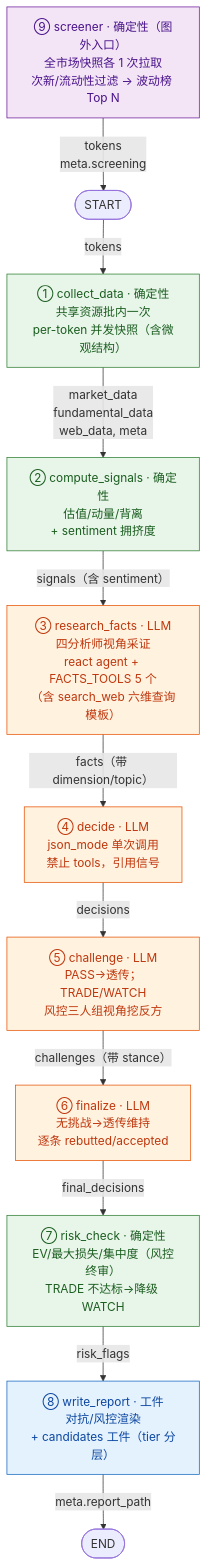
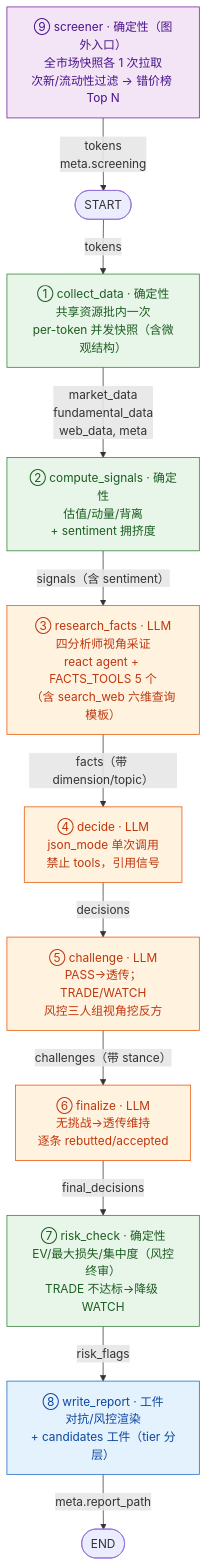
One commit to whateverdoi/CrossEx changed the diagram in AgentArchitecture_Combined.md. Above: the diagram before and after it, drawn with Mermaid. The commit also changed other lines of this file and 21 other files, not shown here.

````diff
--- a/AgentArchitecture_Combined.md
+++ b/AgentArchitecture_Combined.md
@@ -28,35 +28,35 @@
 ```mermaid
 flowchart TD
     classDef DET fill:#e8f5e9,stroke:#2e7d32,color:#1b5e20;
     classDef LLM fill:#fff3e0,stroke:#e65100,color:#bf360c;
     classDef OUT fill:#e3f2fd,stroke:#1565c0,color:#0d47a1;
     classDef SCR fill:#f3e5f5,stroke:#6a1b9a,color:#4a148c;
 
-    SCR["⑨ screener · 确定性（图外入口）<br/>全市场快照各 1 次拉取<br/>次新/流动性过滤 → 波动榜 Top N"]
+    SCR["⑨ screener · 确定性（图外入口）<br/>全市场快照各 1 次拉取<br/>次新/流动性过滤 → 错价榜 Top N"]
     START([START])
     CD["① collect_data · 确定性<br/>共享资源批内一次<br/>per-token 并发快照（含微观结构）"]
     CS["② compute_signals · 确定性<br/>估值/动量/背离<br/>+ sentiment 拥挤度"]
     RF["③ research_facts · LLM<br/>四分析师视角采证<br/>react agent + FACTS_TOOLS 5 个<br/>（含 search_web 六维查询模板）"]
     DC["④ decide · LLM<br/>json_mode 单次调用<br/>禁止 tools，引用信号"]
     CH["⑤ challenge · LLM<br/>PASS→透传；TRADE/WATCH<br/>风控三人组视角挖反方"]
     FN["⑥ finalize · LLM<br/>无挑战→透传维持<br/>逐条 rebutted/accepted"]
     RK["⑦ risk_check · 确定性<br/>EV/最大损失/集中度（风控终审）<br/>TRADE 不达标→降级 WATCH"]
     WR["⑧ write_report · 工件<br/>对抗/风控渲染<br/>+ candidates 工件（tier 分层）"]
     DONE([END])
 
     SCR -->|"tokens<br/>meta.screening"| START
     START -->|"tokens"| CD
     CD -->|"market_data<br/>fundamental_data<br/>web_data, meta"| CS
     CS -->|"signals（含 sentiment）"| RF
     RF -->|"facts（带 dimension/topic）"| DC
     DC -->|"decisions"| CH
     CH -->|"challenges（带 stance）"| FN
     FN -->|"final_decisions"| RK
     RK -->|"risk_flags"| WR
     WR -->|"meta.report_path"| DONE
 
     class CD,CS,RK DET
     class RF,DC,CH,FN LLM
     class WR OUT
     class SCR SCR
 ```
````
